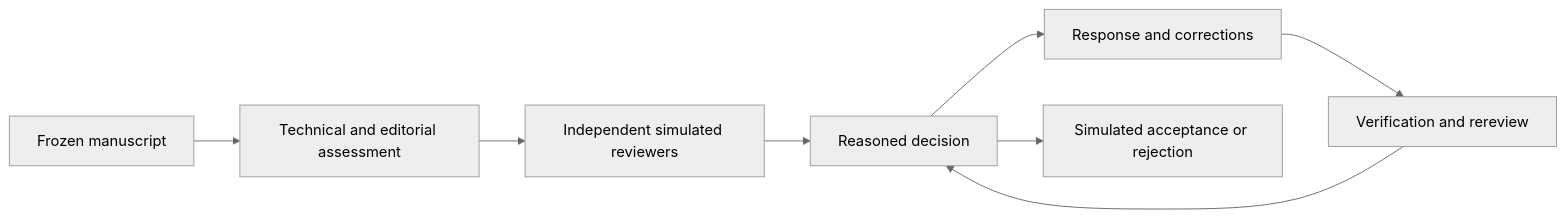
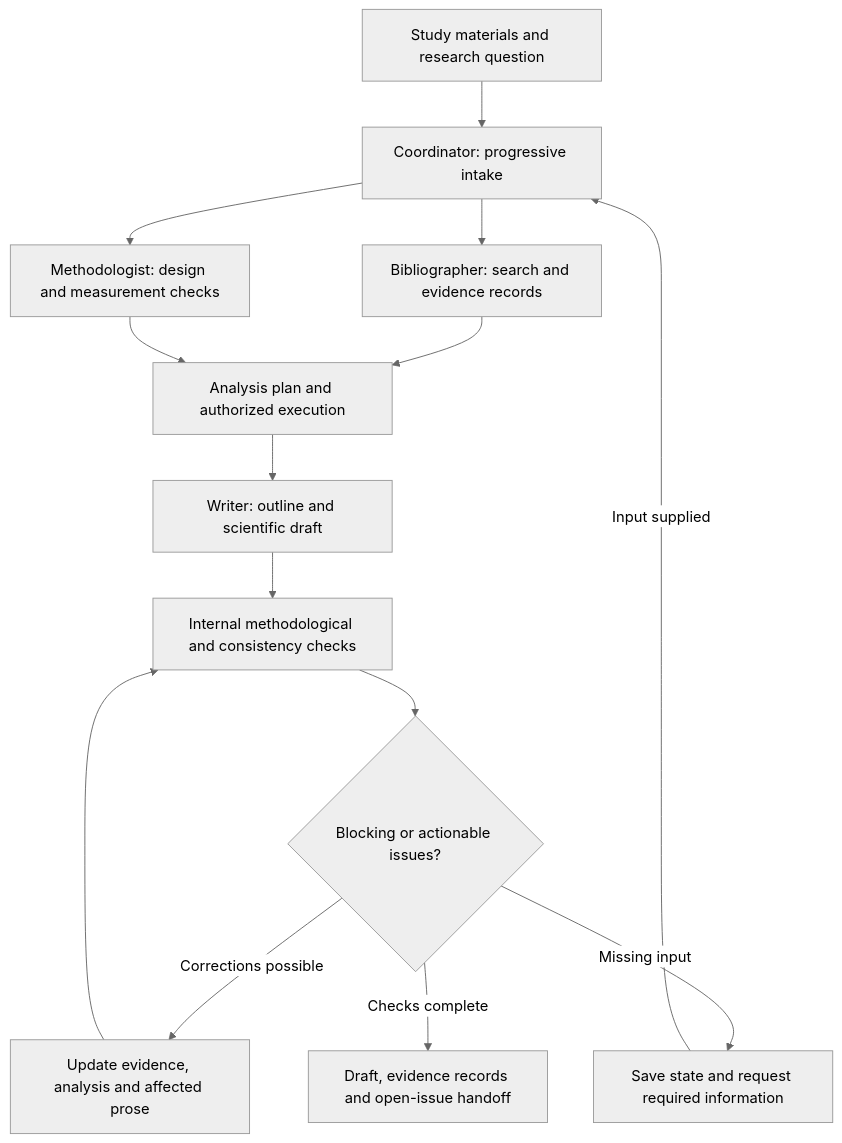
The first of 4 diagrams in README.md (vage88sg1/agentic-research-workflows), drawn with Mermaid (neutral theme) before and after one commit. The commit also changed other lines of this file, not shown here.

````diff
--- a/README.md
+++ b/README.md
@@ -145,10 +105,16 @@
 ```mermaid
-flowchart LR
-  A[Frozen manuscript] --> B[Technical and editorial assessment]
-  B --> C[Independent simulated reviewers]
-  C --> D[Reasoned decision]
-  D --> E[Response and corrections]
-  E --> F[Verification and rereview]
-  F --> D
-  D --> G[Simulated acceptance or rejection]
+flowchart TD
+  A[Study materials and research question] --> B[Coordinator: progressive intake]
+  B --> C[Bibliographer: search and evidence records]
+  B --> D[Methodologist: design and measurement checks]
+  C --> E[Analysis plan and authorized execution]
+  D --> E
+  E --> F[Writer: outline and scientific draft]
+  F --> G[Internal methodological and consistency checks]
+  G --> H{Blocking or actionable issues?}
+  H -->|Corrections possible| I[Update evidence, analysis and affected prose]
+  I --> G
+  H -->|Missing input| J[Save state and request required information]
+  J -->|Input supplied| B
+  H -->|Checks complete| K[Draft, evidence records and open-issue handoff]
 ```
````
